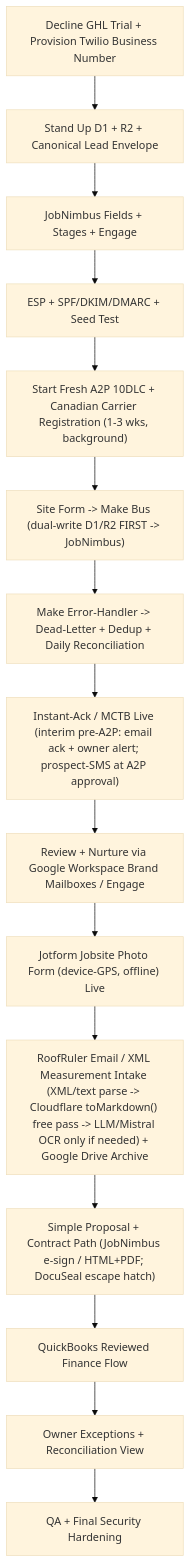
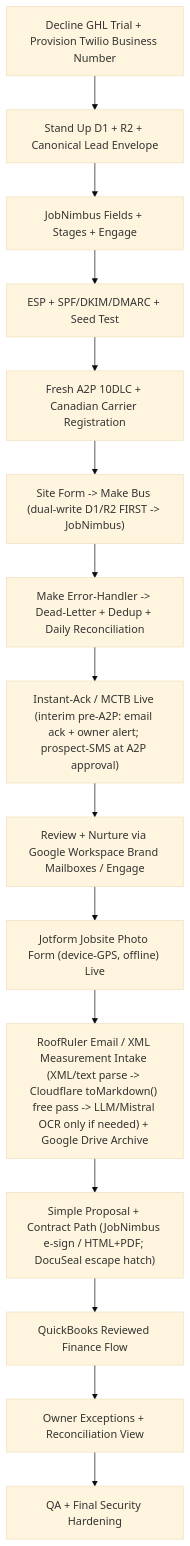
One commit to Iron-Wrap/ironwrap-os changed the diagram in final-spec-pack/15-first-deliverable-existing-stack-plan.md. Above: the diagram before and after it, drawn with Mermaid (base theme). The commit also changed other lines of this file and 21 other files, not shown here.

````diff
--- a/final-spec-pack/15-first-deliverable-existing-stack-plan.md
+++ b/final-spec-pack/15-first-deliverable-existing-stack-plan.md
@@ -111,17 +111,17 @@
 ```mermaid
 flowchart TD
   A["Decline GHL Trial + Provision Twilio Business Number"] --> B["Stand Up D1 + R2 + Canonical Lead Envelope"]
   B --> C["JobNimbus Fields + Stages + Engage"]
   C --> D["ESP + SPF/DKIM/DMARC + Seed Test"]
-  D --> E["Start Fresh A2P 10DLC + Canadian Carrier Registration (1-3 wks, background)"]
+  D --> E["Fresh A2P 10DLC + Canadian Carrier Registration"]
   E --> F["Site Form -> Make Bus (dual-write D1/R2 FIRST -> JobNimbus)"]
   F --> G["Make Error-Handler -> Dead-Letter + Dedup + Daily Reconciliation"]
   G --> H["Instant-Ack / MCTB Live (interim pre-A2P: email ack + owner alert; prospect-SMS at A2P approval)"]
   H --> I["Review + Nurture via Google Workspace Brand Mailboxes / Engage"]
   I --> J["Jotform Jobsite Photo Form (device-GPS, offline) Live"]
   J --> K["RoofRuler Email / XML Measurement Intake (XML/text parse -> Cloudflare toMarkdown() free pass -> LLM/Mistral OCR only if needed) + Google Drive Archive"]
   K --> L["Simple Proposal + Contract Path (JobNimbus e-sign / HTML+PDF; DocuSeal escape hatch)"]
   L --> M["QuickBooks Reviewed Finance Flow"]
   M --> P["Owner Exceptions + Reconciliation View"]
   P --> Q["QA + Final Security Hardening"]
 ```
````
